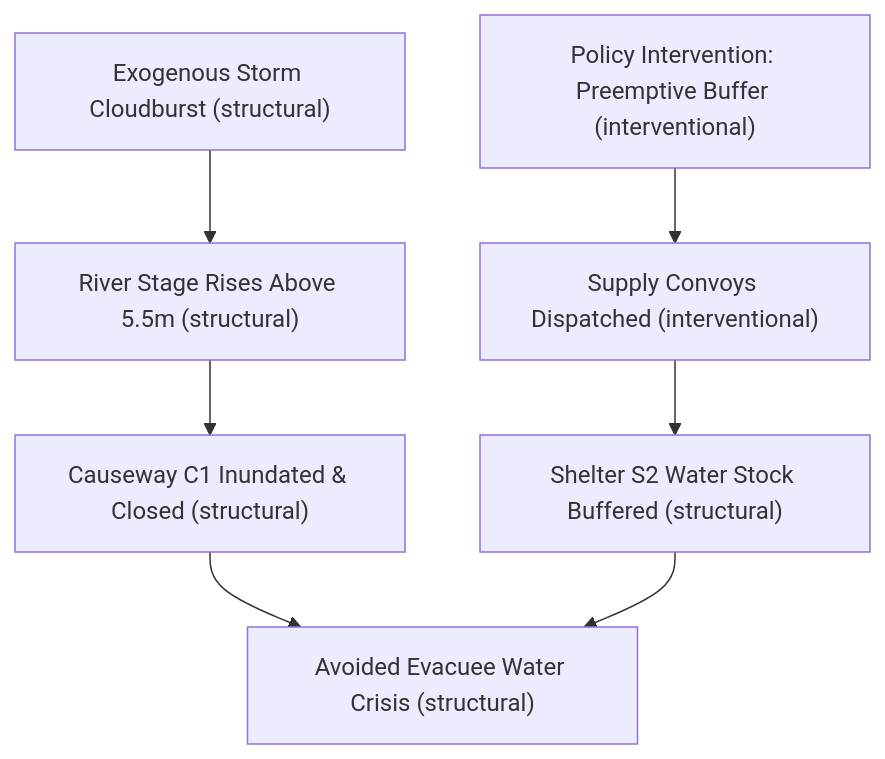
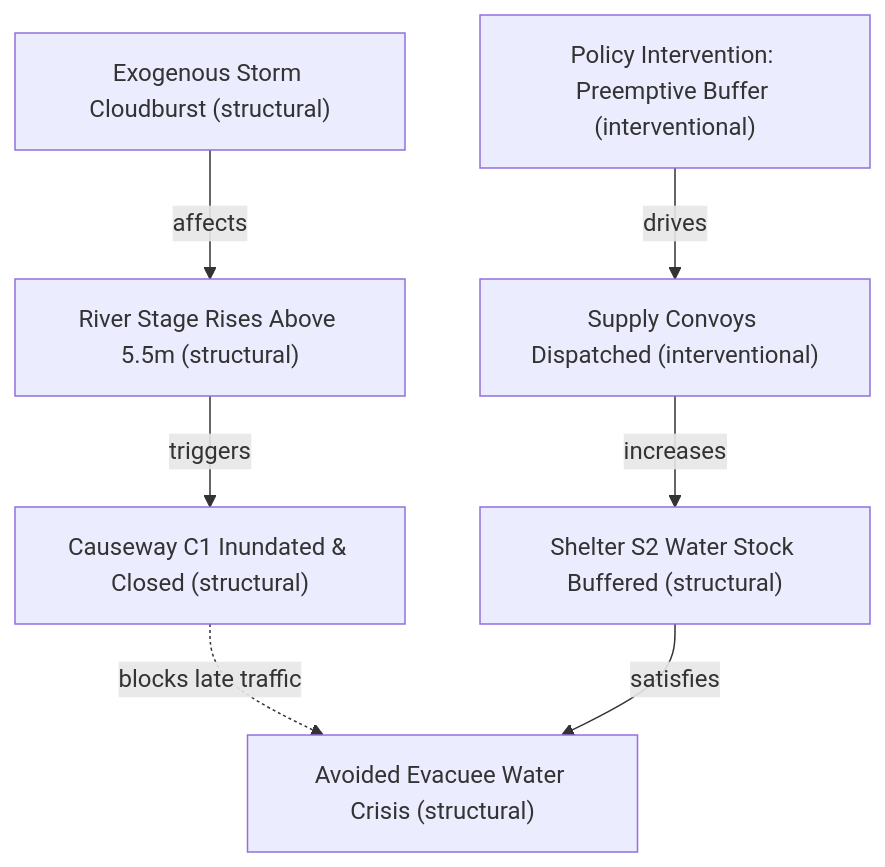
The diagram in docs/concepts/systemic-traces.md (vfcarida/Enterprise-World-Model-Engine), drawn with Mermaid before and after one commit. The commit also changed other lines of this file and 105 other files, not shown here.

````diff
--- a/docs/concepts/systemic-traces.md
+++ b/docs/concepts/systemic-traces.md
@@ -13,9 +14,9 @@
 ```mermaid
 flowchart TD
-    POLICY["Policy Intervention: Preemptive Buffer (interventional)"] --> DISPATCH["Supply Convoys Dispatched (interventional)"]
-    STORM["Exogenous Storm Cloudburst (structural)"] --> SURGE["River Stage Rises Above 5.5m (structural)"]
-    SURGE --> ROAD["Causeway C1 Inundated & Closed (structural)"]
-    DISPATCH --> BUFFER["Shelter S2 Water Stock Buffered (structural)"]
-    ROAD --> MITIGATED["Avoided Evacuee Water Crisis (structural)"]
-    BUFFER --> MITIGATED
+    POLICY["Policy Intervention: Preemptive Buffer (interventional)"] -->|"drives"| DISPATCH["Supply Convoys Dispatched (interventional)"]
+    STORM["Exogenous Storm Cloudburst (structural)"] -->|"affects"| SURGE["River Stage Rises Above 5.5m (structural)"]
+    SURGE -->|"triggers"| ROAD["Causeway C1 Inundated & Closed (structural)"]
+    DISPATCH -->|"increases"| BUFFER["Shelter S2 Water Stock Buffered (structural)"]
+    ROAD -.->|"blocks late traffic"| MITIGATED["Avoided Evacuee Water Crisis (structural)"]
+    BUFFER -->|"satisfies"| MITIGATED
 ```
````
